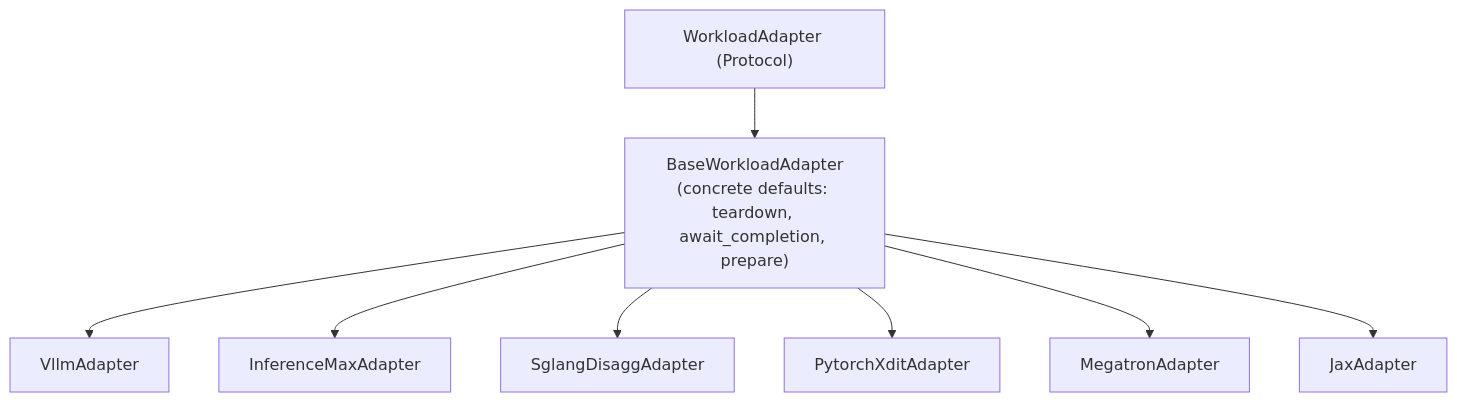
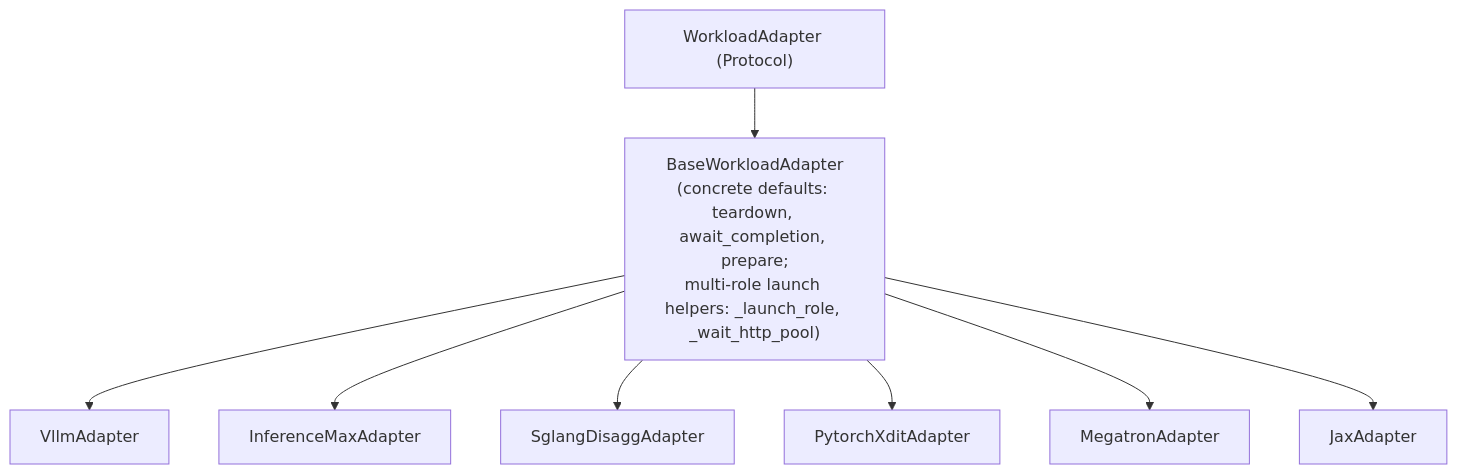
The second of 3 diagrams in docs/prd/pr-body.md (ROCm/cvs), drawn with Mermaid before and after one commit. The commit also changed other lines of this file and 1 other file, not shown here.

First line of the commit message:
Sync PRD adapter contract with shipped implementation

````diff
--- a/docs/prd/pr-body.md
+++ b/docs/prd/pr-body.md
@@ -71,11 +74,11 @@
 ```mermaid
 flowchart TD
     proto["WorkloadAdapter (Protocol)"]
-    proto --> base["BaseWorkloadAdapter<br/>(concrete defaults: teardown, await_completion, prepare)"]
+    proto --> base["BaseWorkloadAdapter<br/>(concrete defaults: teardown, await_completion, prepare;<br/>multi-role launch helpers: _launch_role, _wait_http_pool)"]
     base --> vllm["VllmAdapter"]
     base --> imax["InferenceMaxAdapter"]
     base --> sgl["SglangDisaggAdapter"]
     base --> xdit["PytorchXditAdapter"]
     base --> meg["MegatronAdapter"]
     base --> jax["JaxAdapter"]
 ```
````
